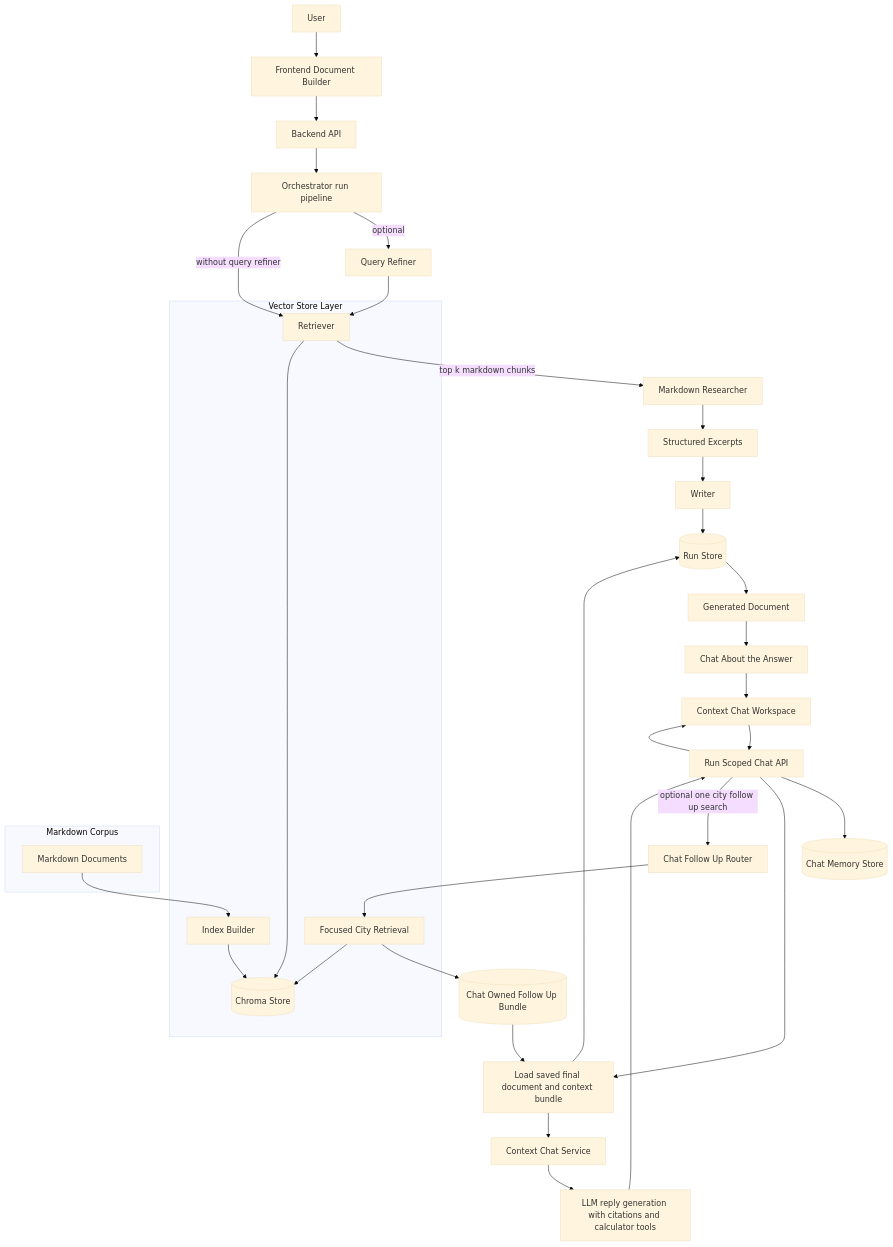
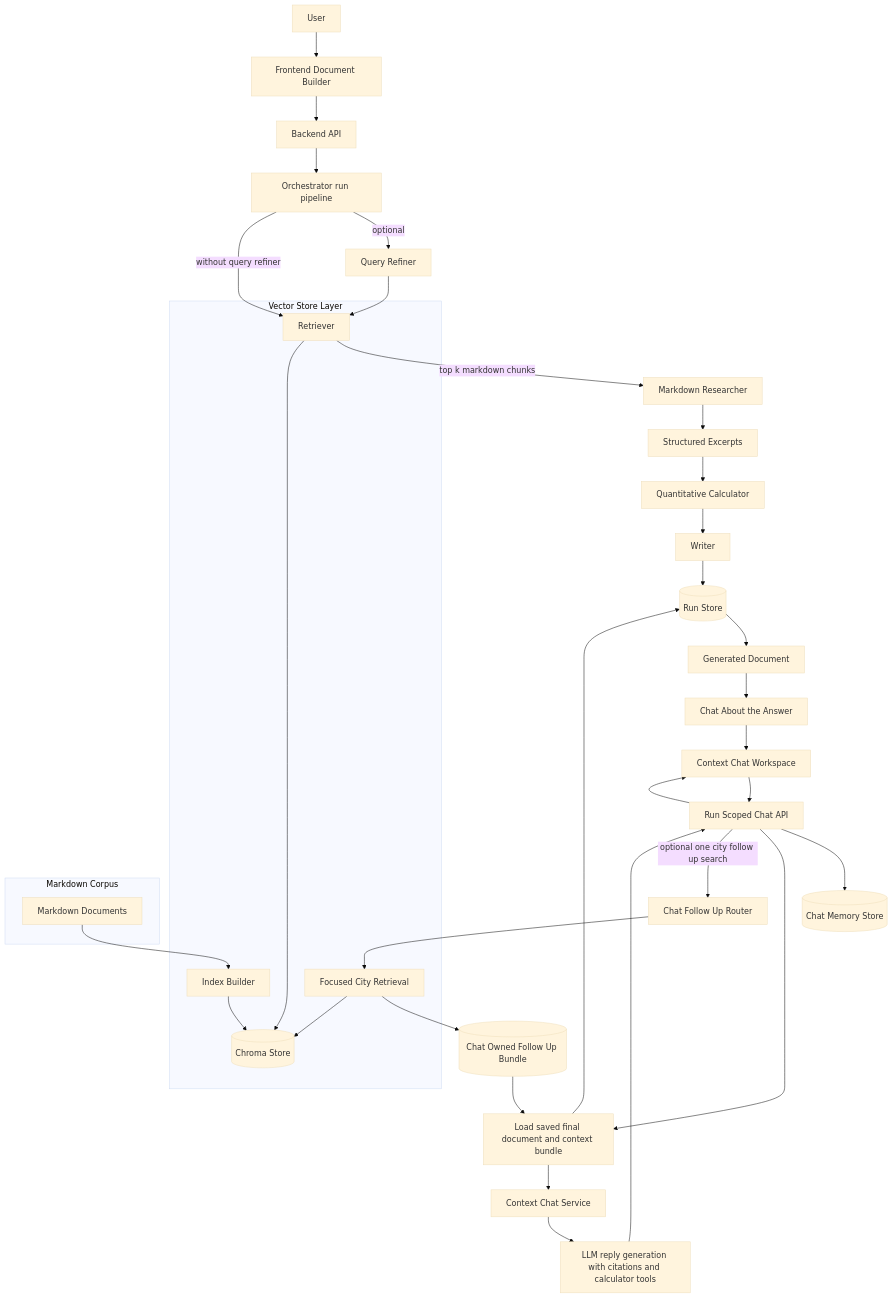
Before and after one commit to Open-Earth-Foundation/Query_mechanism_urbind: the diagram in target-architecture.md, drawn with Mermaid (base theme). The commit also changed other lines of this file and 18 other files, not shown here.

First line of the commit message:
feat: introduce quantitative calculator stage in the document pipeline

````diff
--- a/target-architecture.md
+++ b/target-architecture.md
@@ -1,46 +1,47 @@
 ```mermaid
 flowchart TD
   U[User] --> FE[Frontend Document Builder]
   FE --> API[Backend API]
   API --> ORCH[Orchestrator run pipeline]
 
   ORCH -->|optional| QR[Query Refiner]
   QR --> RET[Retriever]
   ORCH -->|without query refiner| RET
 
   RET -->|top k markdown chunks| MR[Markdown Researcher]
   MR --> EX[Structured Excerpts]
-  EX --> WR[Writer]
+  EX --> CALC[Quantitative Calculator]
+  CALC --> WR[Writer]
   WR --> RUN[(Run Store)]
   RUN --> OUT[Generated Document]
 
   OUT --> CHATBTN[Chat About the Answer]
   CHATBTN --> CHATUI[Context Chat Workspace]
   CHATUI --> CHATAPI[Run Scoped Chat API]
   CHATAPI --> MEM[(Chat Memory Store)]
   CHATAPI --> LOAD[Load saved final document and context bundle]
   LOAD --> RUN
   LOAD --> CHATSRV[Context Chat Service]
   CHATSRV --> LLM[LLM reply generation with citations and calculator tools]
   LLM --> CHATAPI
   CHATAPI --> CHATUI
 
   CHATAPI -->|optional one city follow up search| FROUTE[Chat Follow Up Router]
   FROUTE --> FRET[Focused City Retrieval]
   FRET --> FB[(Chat Owned Follow Up Bundle)]
   FB --> LOAD
 
   subgraph VS[Vector Store Layer]
     IDX[Index Builder]
     CH[(Chroma Store)]
     IDX --> CH
     RET --> CH
     FRET --> CH
   end
 
   subgraph DOCS[Markdown Corpus]
     MD[Markdown Documents]
   end
 
   MD --> IDX
 ```
````
